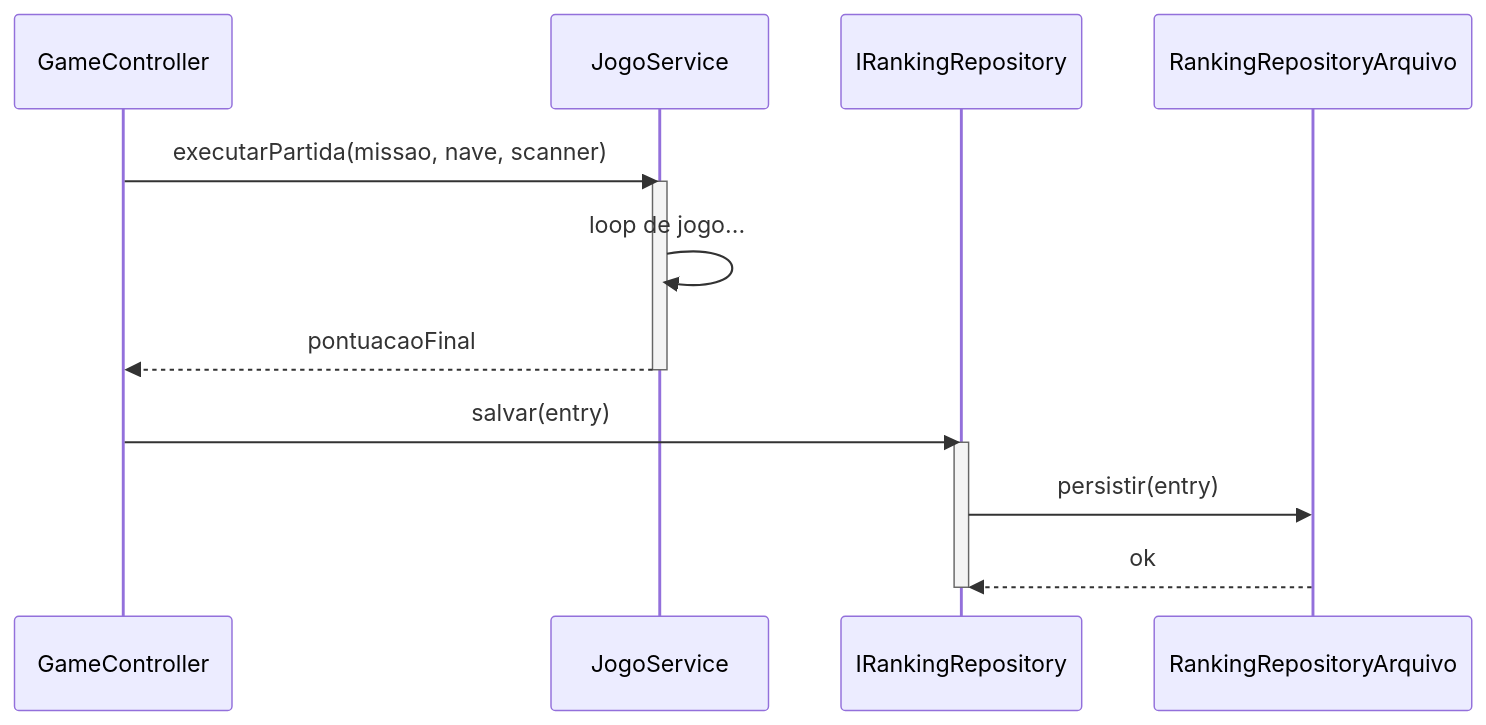
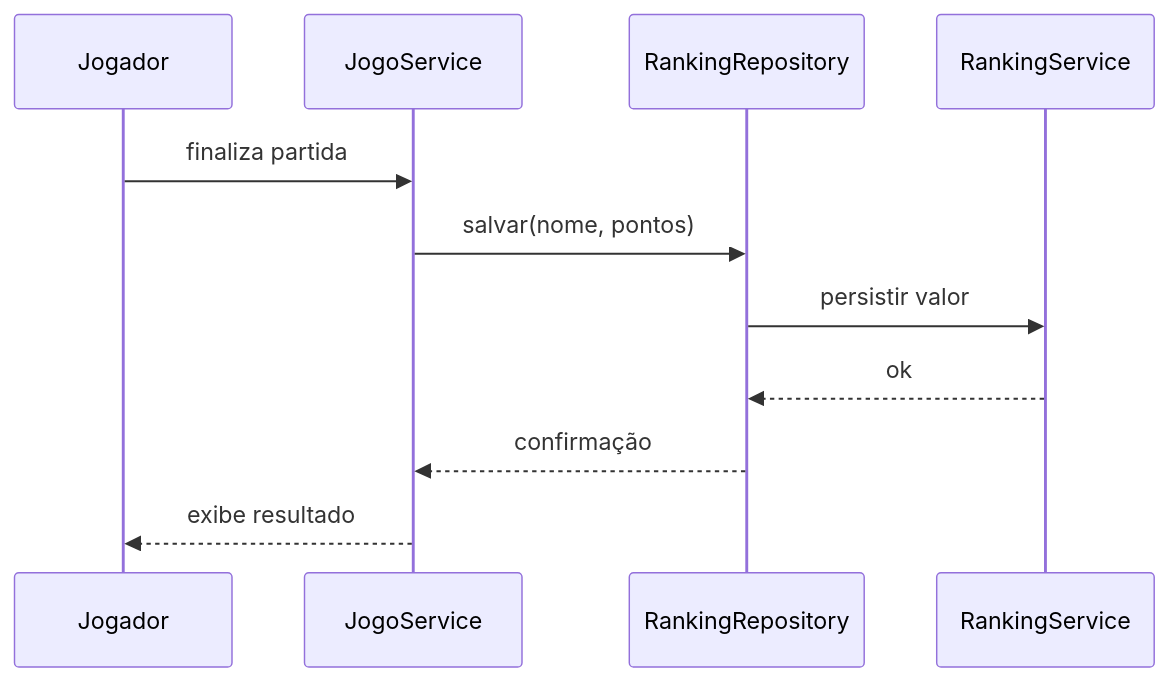
One commit to ProfBezerra/T200-ProjArqSist changed the second of 2 diagrams in missaoMarteUnifor/grasp/apostilas-grasp/low-coupling.md. Above: the diagram before and after it, drawn with Mermaid. The commit also changed other lines of this file and 4 other files, not shown here.

````diff
--- a/missaoMarteUnifor/grasp/apostilas-grasp/low-coupling.md
+++ b/missaoMarteUnifor/grasp/apostilas-grasp/low-coupling.md
@@ -77,19 +87,14 @@
 ```mermaid
 sequenceDiagram
-  participant GameController
+  participant Jogador
   participant JogoService
-  participant IRankingRepository
-  participant RankingRepositoryArquivo
+  participant RankingRepository
+  participant RankingService
 
-  GameController->>JogoService: executarPartida(missao, nave, scanner)
-  activate JogoService
-  JogoService->>JogoService: loop de jogo...
-  JogoService-->>GameController: pontuacaoFinal
-  deactivate JogoService
-
-  GameController->>IRankingRepository: salvar(entry)
-  activate IRankingRepository
-  IRankingRepository->>RankingRepositoryArquivo: persistir(entry)
-  RankingRepositoryArquivo-->>IRankingRepository: ok
-  deactivate IRankingRepository
+  Jogador->>JogoService: finaliza partida
+  JogoService->>RankingRepository: salvar(nome, pontos)
+  RankingRepository->>RankingService: persistir valor
+  RankingService-->>RankingRepository: ok
+  RankingRepository-->>JogoService: confirmação
+  JogoService-->>Jogador: exibe resultado
 ```
````
